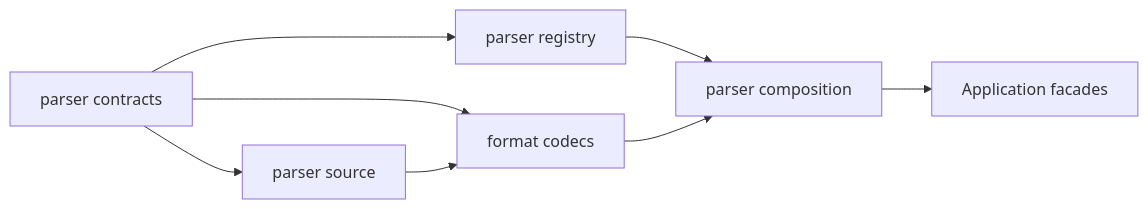
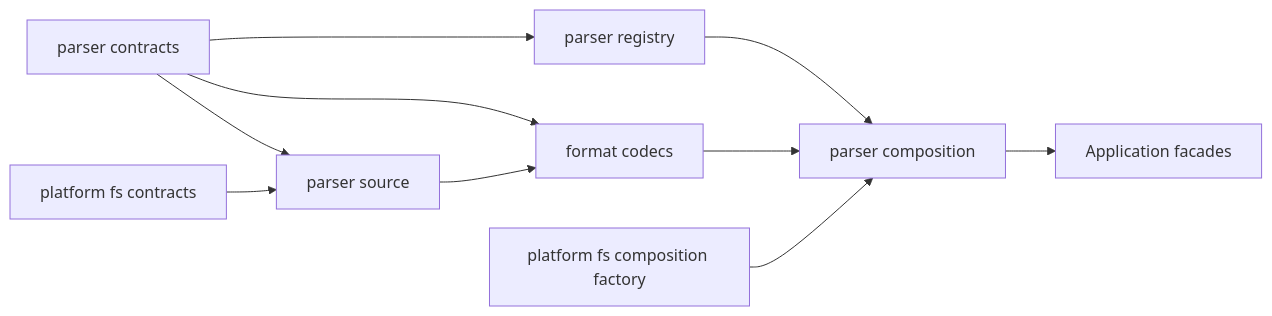
Before and after one commit to BeFringe/LocalCAT: the second of 5 diagrams in .kiro/specs/parser-subsystem-extraction/design.md, drawn with Mermaid. The commit also changed other lines of this file and 19 other files, not shown here.

````diff
--- a/.kiro/specs/parser-subsystem-extraction/design.md
+++ b/.kiro/specs/parser-subsystem-extraction/design.md
@@ -124,10 +124,12 @@
 ```mermaid
 graph LR
     Contracts[parser contracts] --> Source[parser source]
+    PlatformContracts[platform fs contracts] --> Source
     Contracts --> Registry[parser registry]
     Contracts --> Codecs[format codecs]
     Source --> Codecs
     Registry --> Composition[parser composition]
     Codecs --> Composition
+    PlatformFactory[platform fs composition factory] --> Composition
     Composition --> Application[Application facades]
 ```
````
